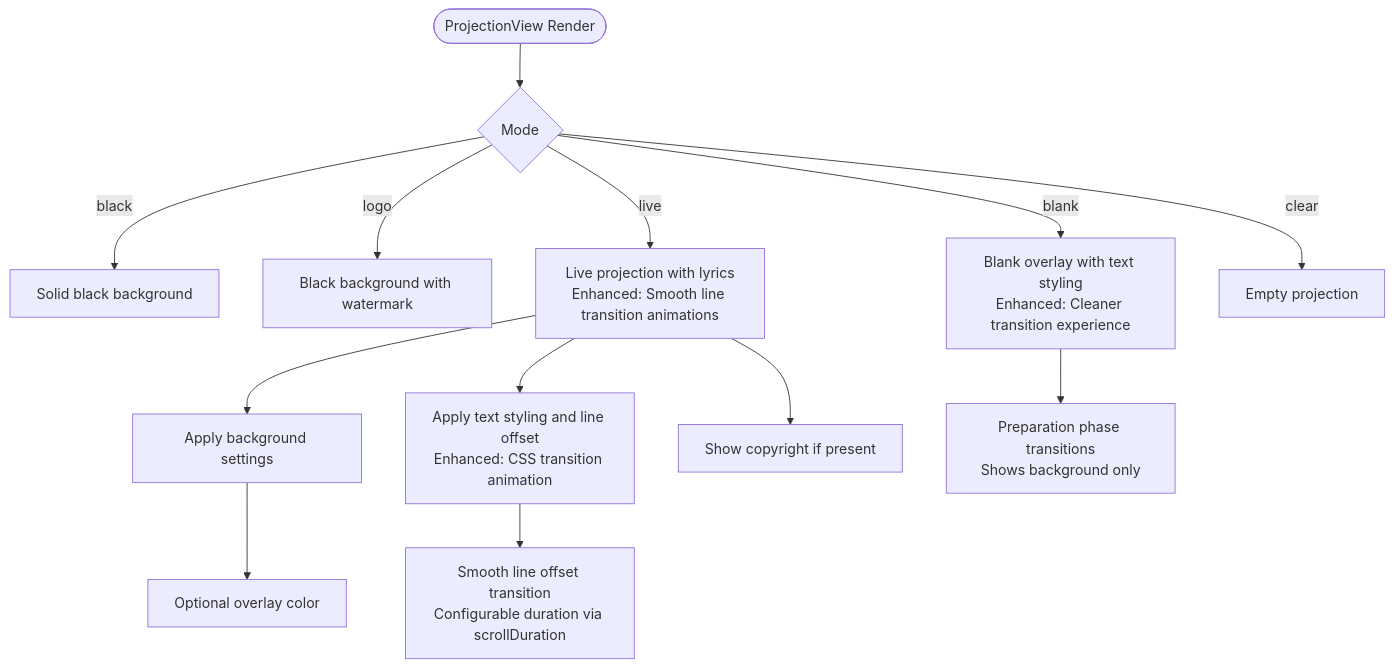
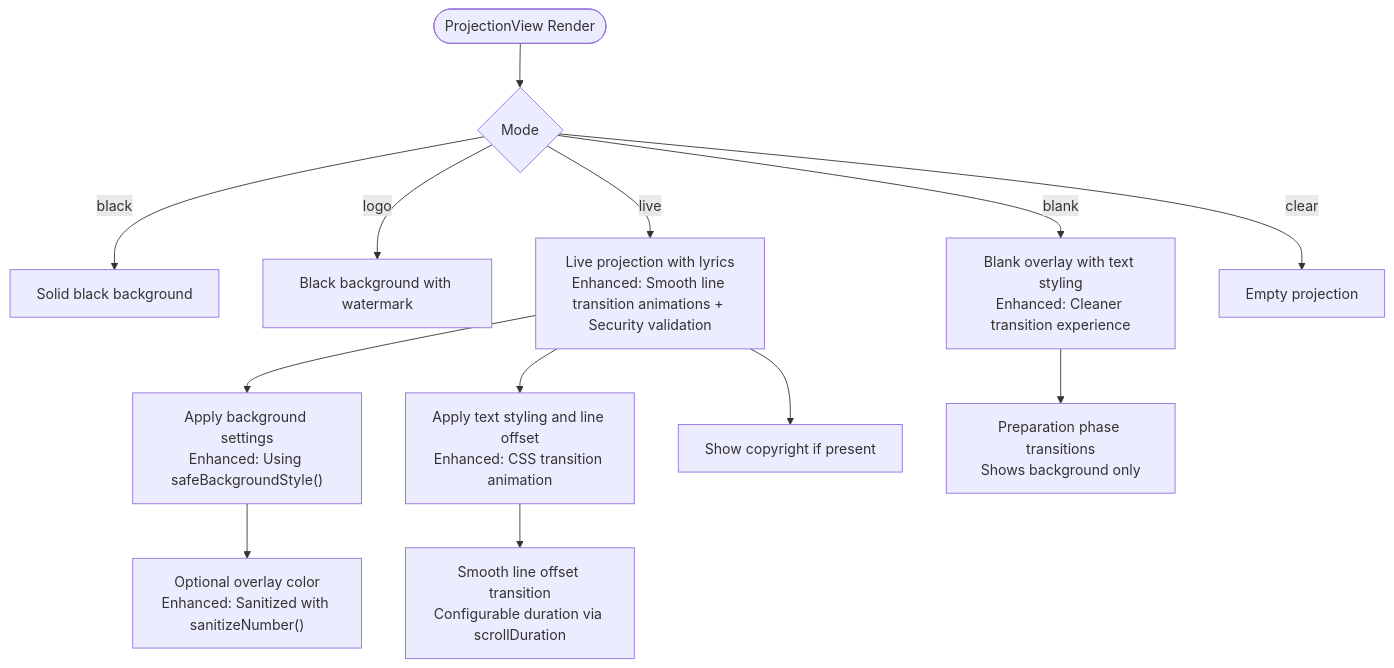
The fourth of 14 diagrams in .qoder/repowiki/en/content/User Interface Components/Projection View Component.md (jimmywyk/lyricdeck), drawn with Mermaid before and after one commit. The commit also changed other lines of this file and 12 other files, not shown here.

````diff
--- a/.qoder/repowiki/en/content/User Interface Components/Projection View Component.md
+++ b/.qoder/repowiki/en/content/User Interface Components/Projection View Component.md
@@ -234,15 +266,15 @@
 ```mermaid
 flowchart TD
 Start(["ProjectionView Render"]) --> CheckMode{"Mode"}
 CheckMode --> |black| Black["Solid black background"]
 CheckMode --> |logo| Logo["Black background with watermark"]
-CheckMode --> |live| Live["Live projection with lyrics<br/>Enhanced: Smooth line transition animations"]
+CheckMode --> |live| Live["Live projection with lyrics<br/>Enhanced: Smooth line transition animations + Security validation"]
 CheckMode --> |blank| Blank["Blank overlay with text styling<br/>Enhanced: Cleaner transition experience"]
 CheckMode --> |clear| Clear["Empty projection"]
-Live --> Background["Apply background settings"]
+Live --> Background["Apply background settings<br/>Enhanced: Using safeBackgroundStyle()"]
 Live --> Text["Apply text styling and line offset<br/>Enhanced: CSS transition animation"]
 Live --> Copyright["Show copyright if present"]
-Background --> Overlay["Optional overlay color"]
+Background --> Overlay["Optional overlay color<br/>Enhanced: Sanitized with sanitizeNumber()"]
 Text --> Transition["Smooth line offset transition<br/>Configurable duration via scrollDuration"]
 Blank --> Preparation["Preparation phase transitions<br/>Shows background only"]
 ```
````
